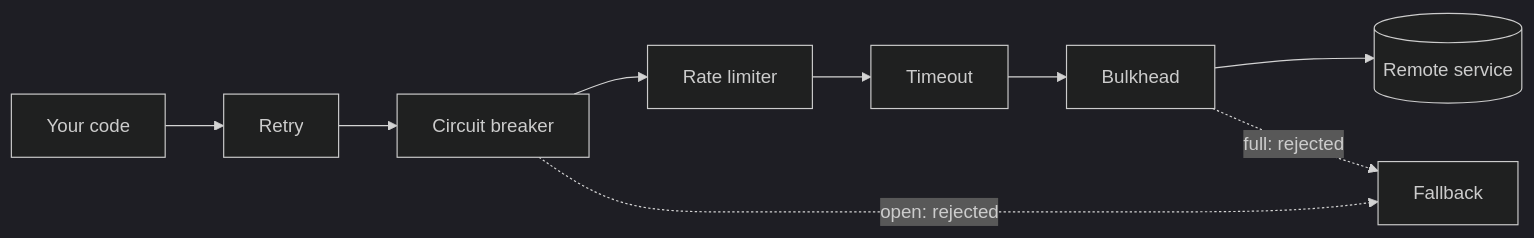
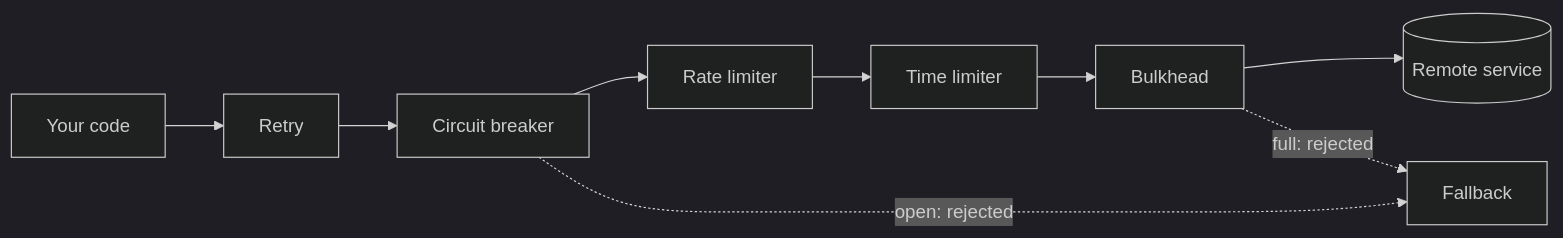
The second of 2 diagrams in notes/01-resilience/01-resilience-overview.md (jubin-techwiz/learning), drawn with Mermaid (dark theme) before and after one commit. The commit also changed other lines of this file and 37 other files, not shown here.

````diff
--- a/notes/01-resilience/01-resilience-overview.md
+++ b/notes/01-resilience/01-resilience-overview.md
@@ -56,11 +94,11 @@
 ```mermaid
 flowchart LR
     A[Your code] --> R[Retry]
     R --> C[Circuit breaker]
     C --> L[Rate limiter]
-    L --> T[Timeout]
+    L --> T[Time limiter]
     T --> B[Bulkhead]
     B --> S[(Remote service)]
     C -.->|open: rejected| F[Fallback]
     B -.->|full: rejected| F
 ```
````
